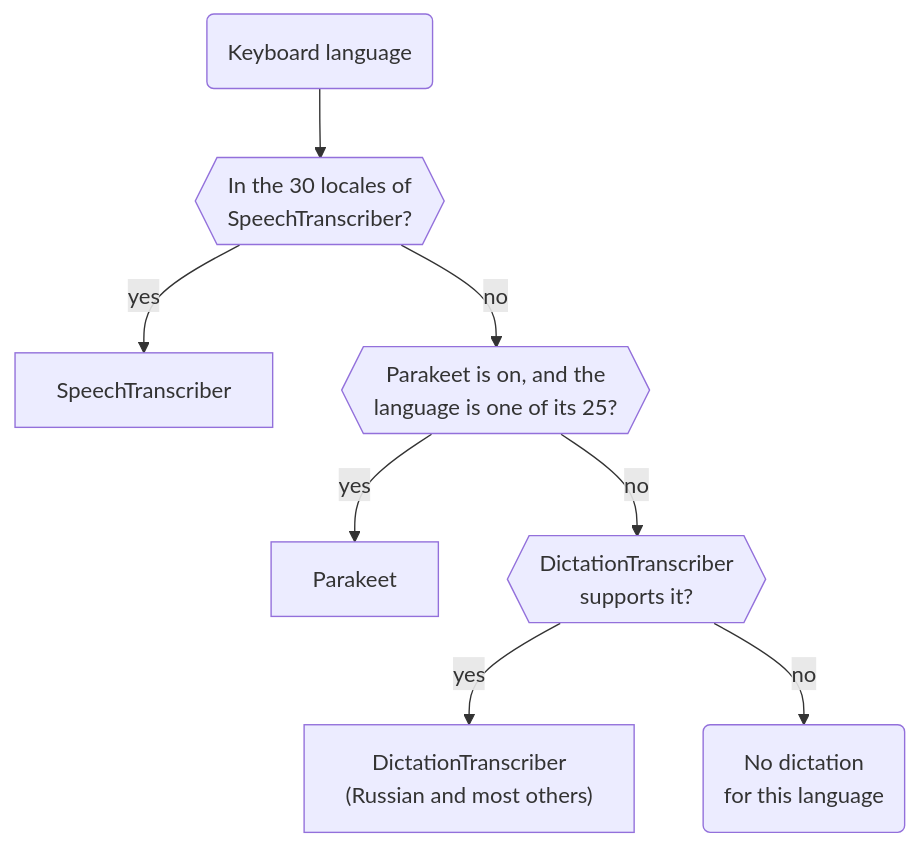
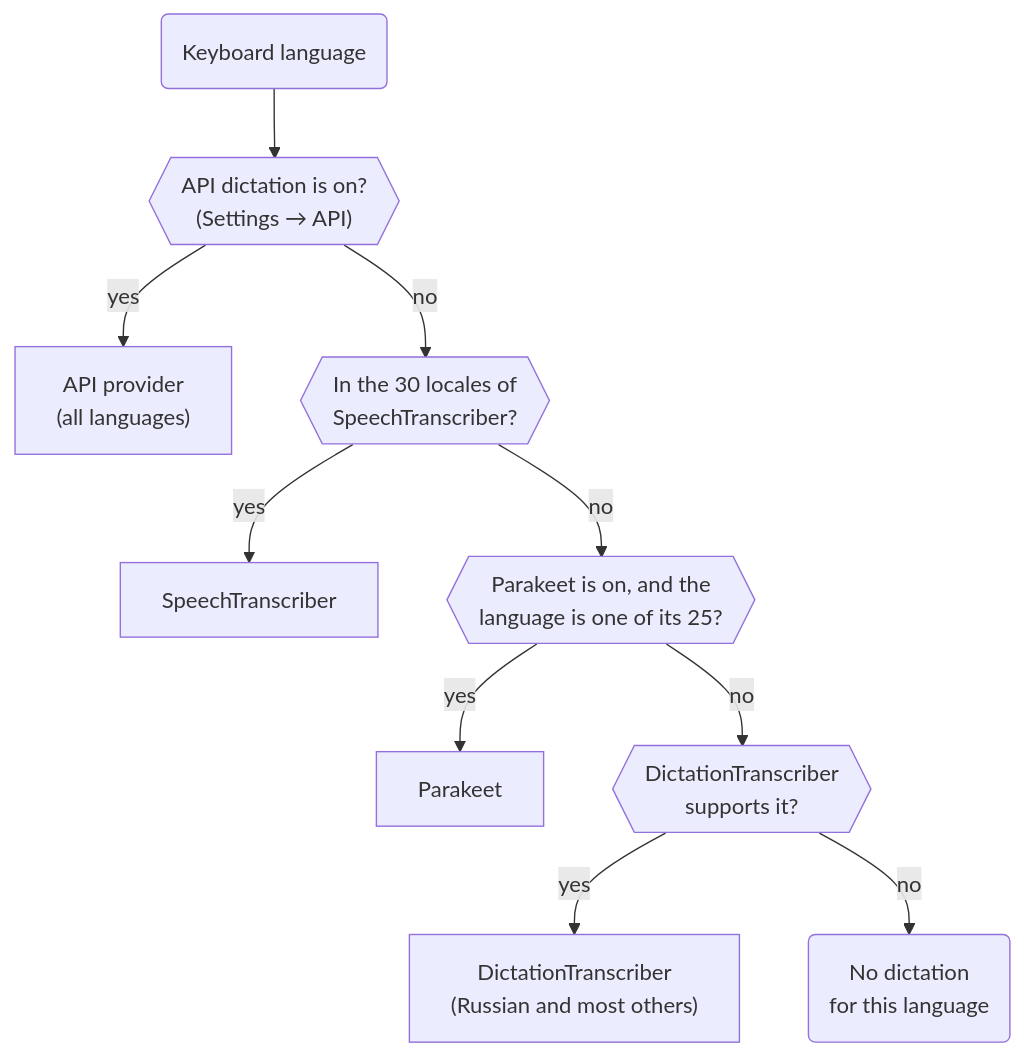
One commit to nikiomori/Pretype changed the diagram in docs/diagrams/arch-speech-model.mmd. Above: the diagram before and after it, drawn with Mermaid. The commit also changed 13 other files, not shown here.

```diff
--- a/docs/diagrams/arch-speech-model.mmd
+++ b/docs/diagrams/arch-speech-model.mmd
@@ -1,9 +1,11 @@
 %% Transcription.start: which speech model serves the dictation language.
 flowchart TB
-  lang("Keyboard language") --> a{{"In the 30 locales of<br/>SpeechTranscriber?"}}
+  lang("Keyboard language") --> api{{"API dictation is on?<br/>(Settings → API)"}}
+  api -- yes --> cloud["API provider<br/>(all languages)"]
+  api -- no --> a{{"In the 30 locales of<br/>SpeechTranscriber?"}}
   a -- yes --> st["SpeechTranscriber"]
   a -- no --> p{{"Parakeet is on, and the<br/>language is one of its 25?"}}
   p -- yes --> pk["Parakeet"]
   p -- no --> d{{"DictationTranscriber<br/>supports it?"}}
   d -- yes --> dt["DictationTranscriber<br/>(Russian and most others)"]
   d -- no --> none("No dictation<br/>for this language")
```
